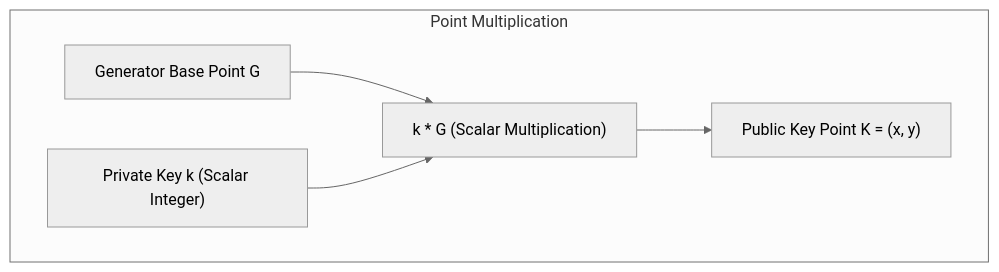
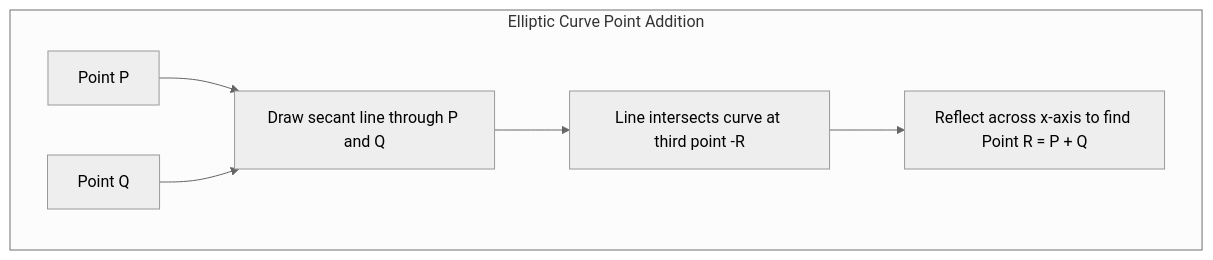
Before and after one commit to ub-society/modules: the second of 7 diagrams in docs/learn/fundamentals/01-distributed-trust/03-asymmetric-cryptography-and-digital-signatures.md, drawn with Mermaid (neutral theme). The commit also changed other lines of this file and 3 other files, not shown here.

````diff
--- a/docs/learn/fundamentals/01-distributed-trust/03-asymmetric-cryptography-and-digital-signatures.md
+++ b/docs/learn/fundamentals/01-distributed-trust/03-asymmetric-cryptography-and-digital-signatures.md
@@ -54,8 +78,8 @@
 ```mermaid
 flowchart TD
-    subgraph Point Multiplication
-        G["Generator Base Point G"] --> Mult["k * G (Scalar Multiplication)"]
-        k["Private Key k (Scalar Integer)"] --> Mult
-        Mult --> Pub["Public Key Point K = (x, y)"]
+    subgraph Elliptic Curve Point Addition
+        P["Point P"] & Q["Point Q"] --> Line["Draw secant line through P and Q"]
+        Line --> Intersect["Line intersects curve at third point -R"]
+        Intersect --> Reflect["Reflect across x-axis to find Point R = P + Q"]
     end
 ```
````
